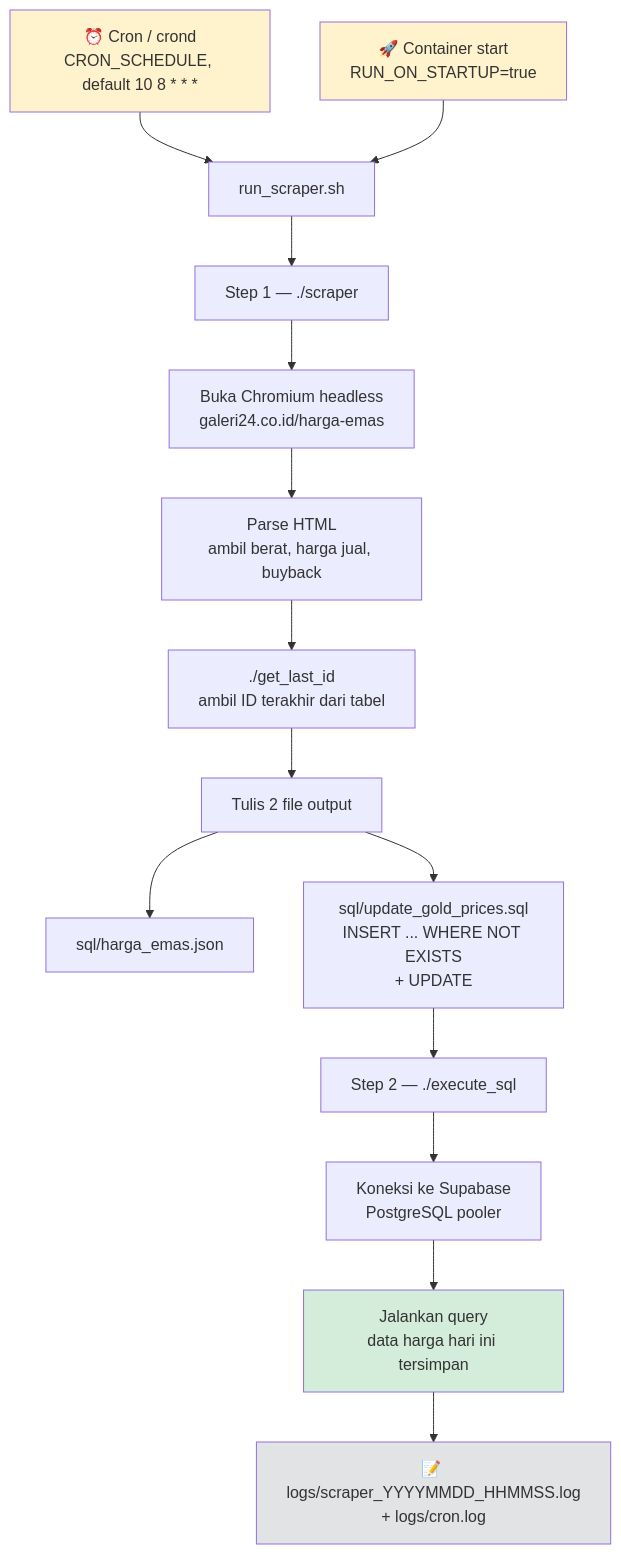
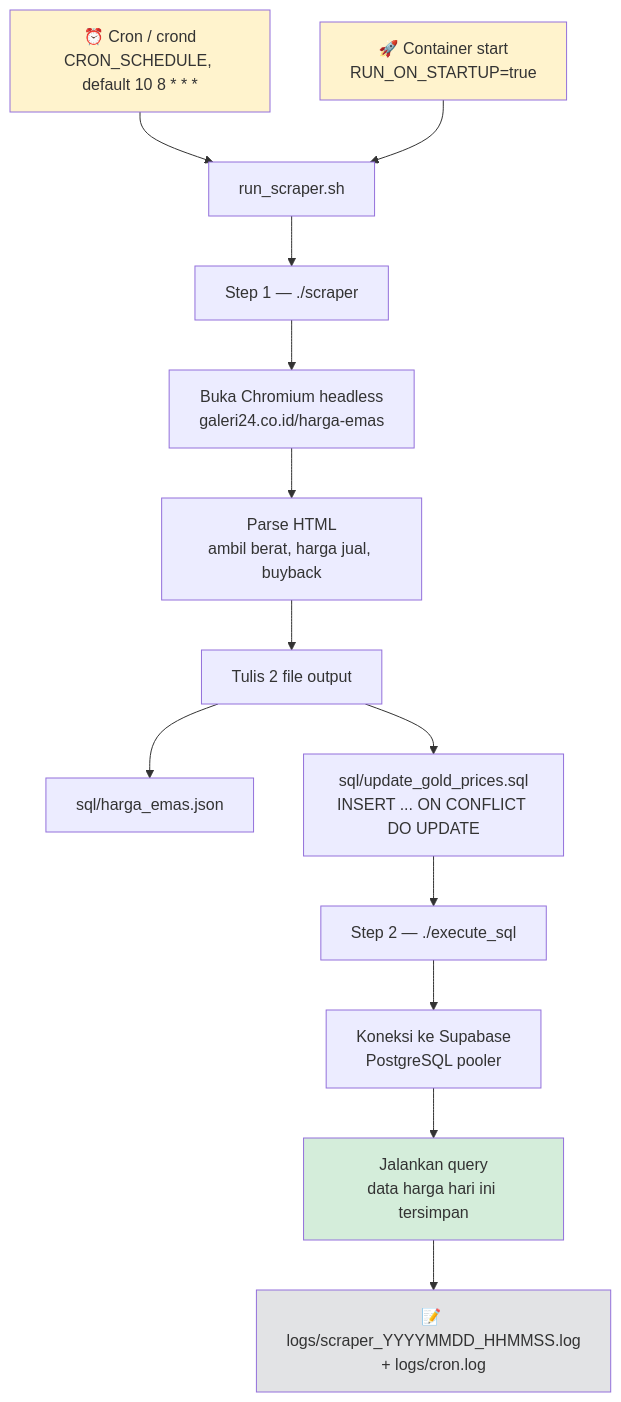
One commit to igmerwina/gold-price-scrapper changed the diagram in README.md. Above: the diagram before and after it, drawn with Mermaid. The commit also changed other lines of this file and 6 other files, not shown here.

````diff
--- a/README.md
+++ b/README.md
@@ -18,25 +18,24 @@
 ```mermaid
 flowchart TD
     A["⏰ Cron / crond<br/>CRON_SCHEDULE, default 10 8 * * *"] --> B["run_scraper.sh"]
     S["🚀 Container start<br/>RUN_ON_STARTUP=true"] --> B
 
     B --> C["Step 1 — ./scraper"]
     C --> D["Buka Chromium headless<br/>galeri24.co.id/harga-emas"]
     D --> E["Parse HTML<br/>ambil berat, harga jual, buyback"]
-    E --> F["./get_last_id<br/>ambil ID terakhir dari tabel"]
-    F --> G["Tulis 2 file output"]
+    E --> G["Tulis 2 file output"]
 
     G --> H["sql/harga_emas.json"]
-    G --> I["sql/update_gold_prices.sql<br/>INSERT ... WHERE NOT EXISTS<br/>+ UPDATE"]
+    G --> I["sql/update_gold_prices.sql<br/>INSERT ... ON CONFLICT DO UPDATE"]
 
     I --> J["Step 2 — ./execute_sql"]
     J --> K["Koneksi ke Supabase<br/>PostgreSQL pooler"]
     K --> L["Jalankan query<br/>data harga hari ini tersimpan"]
 
     L --> M["📝 logs/scraper_YYYYMMDD_HHMMSS.log<br/>+ logs/cron.log"]
 
     style A fill:#fff3cd
     style S fill:#fff3cd
     style L fill:#d4edda
     style M fill:#e2e3e5
 ```
````
